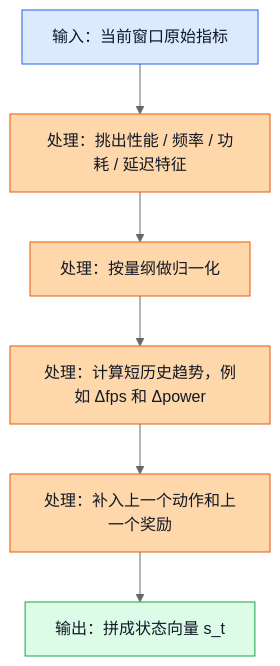
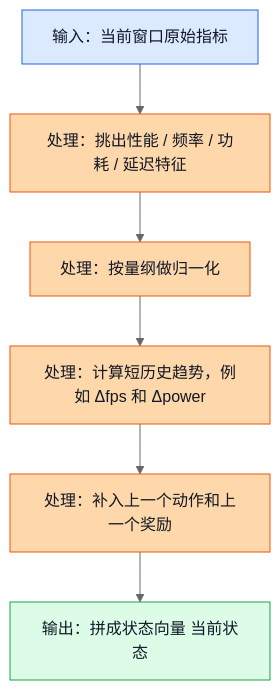
The first of 3 diagrams in learn/19_State_Action_Space_Design.md (Mrphase/RL-Doc), drawn with Mermaid (neutral theme) before and after one commit. The commit also changed other lines of this file and 14 other files, not shown here.

First line of the commit message:
fix: clean mermaid labels in learn docs

````diff
--- a/learn/19_State_Action_Space_Design.md
+++ b/learn/19_State_Action_Space_Design.md
@@ -154,16 +154,16 @@
 ```mermaid
 flowchart TD
     A["输入：当前窗口原始指标"] --> B["处理：挑出性能 / 频率 / 功耗 / 延迟特征"]
     B --> C["处理：按量纲做归一化"]
     C --> D["处理：计算短历史趋势，例如 Δfps 和 Δpower"]
     D --> E["处理：补入上一个动作和上一个奖励"]
-    E --> F["输出：拼成状态向量 s_t"]
+    E --> F["输出：拼成状态向量 当前状态"]
 
     classDef input fill:#dbeafe,stroke:#2563eb,color:#111827;
     classDef process fill:#fed7aa,stroke:#ea580c,color:#111827;
     classDef output fill:#dcfce7,stroke:#16a34a,color:#111827;
 
     class A input;
     class B,C,D,E process;
     class F output;
 ```
````
